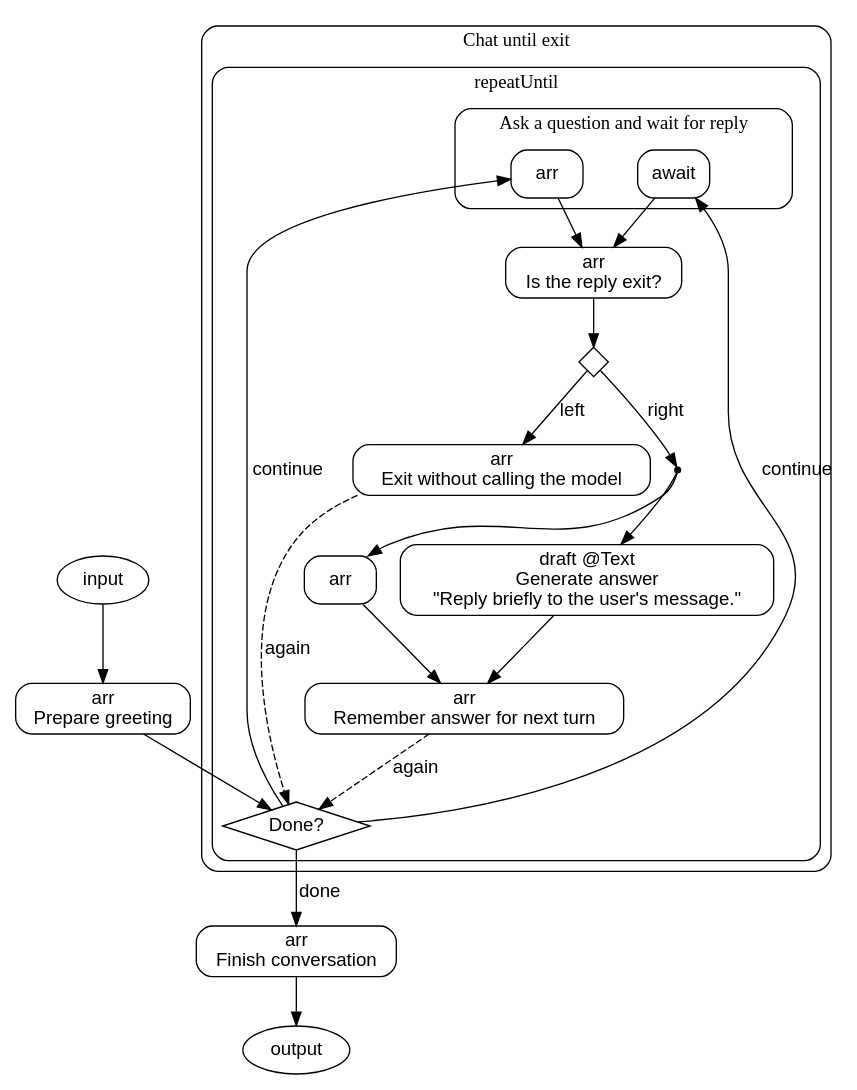
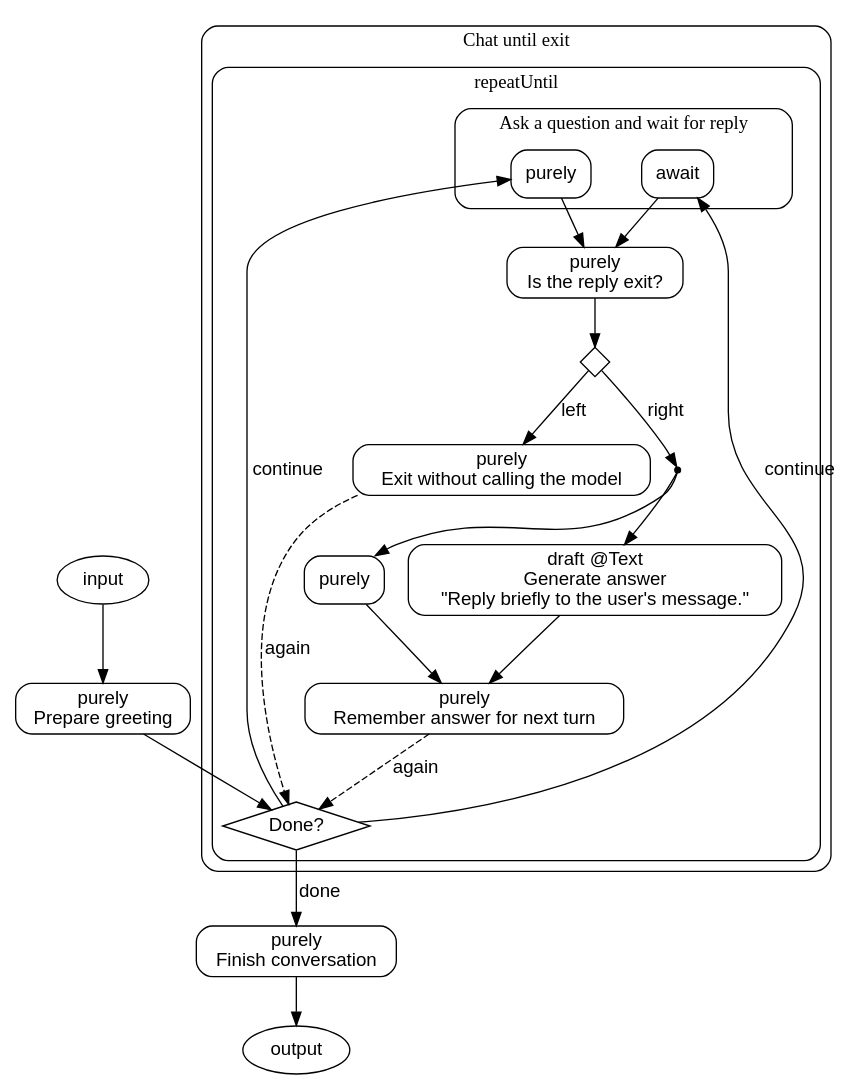
The diagram in examples/diagrams/conversation.dot (drshade/haskell-agentic), drawn with Graphviz before and after one commit. The commit also changed 49 other files, not shown here.

Commit message:
Generalise repeat predicates to flows and document the calculus

```diff
--- a/examples/diagrams/conversation.dot
+++ b/examples/diagrams/conversation.dot
@@ -1,48 +1,48 @@
 digraph flow {
   compound=true;
   node [shape=box, style=rounded, fontname="Helvetica"];
   edge [fontname="Helvetica"];
   input [label="input", shape=oval];
-  n_flow_seq_0_note_0 [label="arr\nPrepare greeting"];
+  n_flow_seq_0_note_0 [label="purely\nPrepare greeting"];
   subgraph cluster_n_flow_seq_1_seq_0_0 {
     label="Chat until exit";
     style=rounded;
     subgraph cluster_n_flow_seq_1_seq_0_note_0 {
       label="repeatUntil";
       style=rounded;
       n_flow_seq_1_seq_0_note_1 [label="Done?", shape=diamond, style=solid];
       subgraph cluster_n_flow_seq_1_seq_0_note_repeat_seq_0_0 {
         label="Ask a question and wait for reply";
         style=rounded;
-        n_flow_seq_1_seq_0_note_repeat_seq_0_note_fan_0_0 [label="arr"];
+        n_flow_seq_1_seq_0_note_repeat_seq_0_note_fan_0_0 [label="purely"];
         n_flow_seq_1_seq_0_note_repeat_seq_0_note_fan_1_seq_1_0 [label="await"];
       }
-      n_flow_seq_1_seq_0_note_repeat_seq_1_seq_0_note_0 [label="arr\nIs the reply exit?"];
+      n_flow_seq_1_seq_0_note_repeat_seq_1_seq_0_note_0 [label="purely\nIs the reply exit?"];
       n_flow_seq_1_seq_0_note_repeat_seq_1_seq_1_0 [label="", shape=diamond, style=solid, width=0.3, height=0.3, fixedsize=true];
       entry_flow_seq_1_seq_0_note_repeat_seq_1_seq_1_select_1 [label="", shape=point, width=0.06];
-      n_flow_seq_1_seq_0_note_repeat_seq_1_seq_1_choose_0_note_0 [label="arr\nExit without calling the model"];
-      n_flow_seq_1_seq_0_note_repeat_seq_1_seq_1_choose_1_seq_0_fan_0_0 [label="arr"];
+      n_flow_seq_1_seq_0_note_repeat_seq_1_seq_1_choose_0_note_0 [label="purely\nExit without calling the model"];
+      n_flow_seq_1_seq_0_note_repeat_seq_1_seq_1_choose_1_seq_0_fan_0_0 [label="purely"];
       n_flow_seq_1_seq_0_note_repeat_seq_1_seq_1_choose_1_seq_0_fan_1_seq_1_note_0 [label="draft @Text\nGenerate answer\n\"Reply briefly to the user's message.\""];
-      n_flow_seq_1_seq_0_note_repeat_seq_1_seq_1_choose_1_seq_1_note_0 [label="arr\nRemember answer for next turn"];
+      n_flow_seq_1_seq_0_note_repeat_seq_1_seq_1_choose_1_seq_1_note_0 [label="purely\nRemember answer for next turn"];
     }
   }
-  n_flow_seq_1_seq_1_note_0 [label="arr\nFinish conversation"];
+  n_flow_seq_1_seq_1_note_0 [label="purely\nFinish conversation"];
   output [label="output", shape=oval];
   input -> n_flow_seq_0_note_0;
   n_flow_seq_0_note_0 -> n_flow_seq_1_seq_0_note_1;
   n_flow_seq_1_seq_0_note_1 -> n_flow_seq_1_seq_0_note_repeat_seq_0_note_fan_0_0 [label="continue"];
   n_flow_seq_1_seq_0_note_1 -> n_flow_seq_1_seq_0_note_repeat_seq_0_note_fan_1_seq_1_0 [label="continue"];
   n_flow_seq_1_seq_0_note_repeat_seq_0_note_fan_0_0 -> n_flow_seq_1_seq_0_note_repeat_seq_1_seq_0_note_0;
   n_flow_seq_1_seq_0_note_repeat_seq_0_note_fan_1_seq_1_0 -> n_flow_seq_1_seq_0_note_repeat_seq_1_seq_0_note_0;
   n_flow_seq_1_seq_0_note_repeat_seq_1_seq_0_note_0 -> n_flow_seq_1_seq_0_note_repeat_seq_1_seq_1_0;
   n_flow_seq_1_seq_0_note_repeat_seq_1_seq_1_0 -> n_flow_seq_1_seq_0_note_repeat_seq_1_seq_1_choose_0_note_0 [label="left"];
   n_flow_seq_1_seq_0_note_repeat_seq_1_seq_1_0 -> entry_flow_seq_1_seq_0_note_repeat_seq_1_seq_1_select_1 [label="right"];
   entry_flow_seq_1_seq_0_note_repeat_seq_1_seq_1_select_1 -> n_flow_seq_1_seq_0_note_repeat_seq_1_seq_1_choose_1_seq_0_fan_0_0;
   entry_flow_seq_1_seq_0_note_repeat_seq_1_seq_1_select_1 -> n_flow_seq_1_seq_0_note_repeat_seq_1_seq_1_choose_1_seq_0_fan_1_seq_1_note_0;
   n_flow_seq_1_seq_0_note_repeat_seq_1_seq_1_choose_1_seq_0_fan_0_0 -> n_flow_seq_1_seq_0_note_repeat_seq_1_seq_1_choose_1_seq_1_note_0;
   n_flow_seq_1_seq_0_note_repeat_seq_1_seq_1_choose_1_seq_0_fan_1_seq_1_note_0 -> n_flow_seq_1_seq_0_note_repeat_seq_1_seq_1_choose_1_seq_1_note_0;
   n_flow_seq_1_seq_0_note_repeat_seq_1_seq_1_choose_0_note_0 -> n_flow_seq_1_seq_0_note_1 [label="again", style=dashed];
   n_flow_seq_1_seq_0_note_repeat_seq_1_seq_1_choose_1_seq_1_note_0 -> n_flow_seq_1_seq_0_note_1 [label="again", style=dashed];
   n_flow_seq_1_seq_0_note_1 -> n_flow_seq_1_seq_1_note_0 [label="done"];
   n_flow_seq_1_seq_1_note_0 -> output;
 }
```
